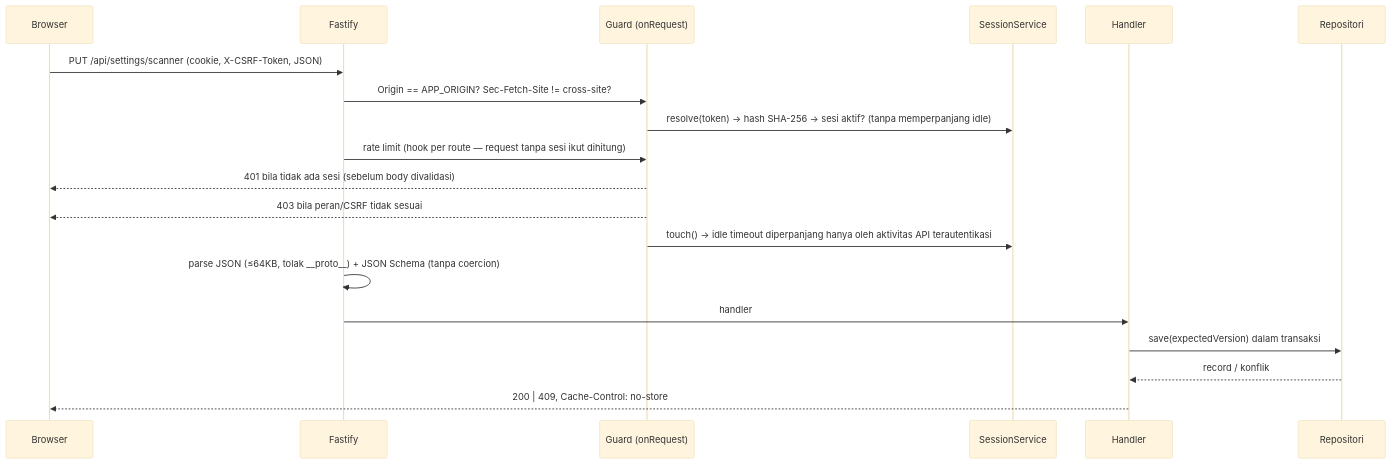
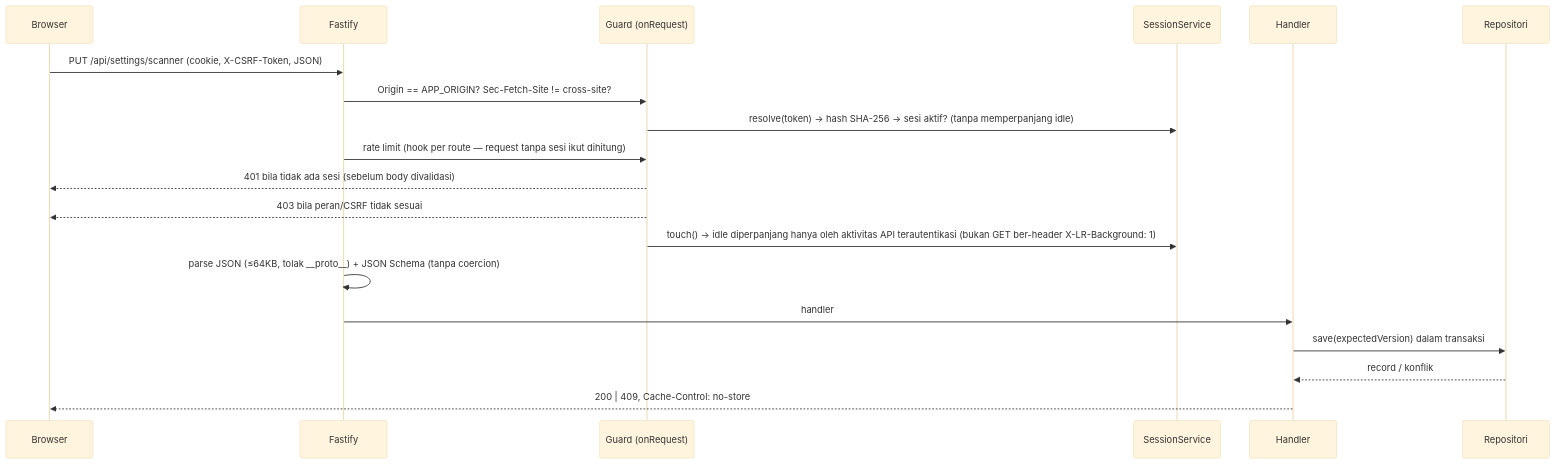
Before and after one commit to zainpewpewpew/Caddle: the third of 3 diagrams in docs/01-arsitektur.md, drawn with Mermaid (base theme). The commit also changed 6 other files, not shown here.

````diff
--- a/docs/01-arsitektur.md
+++ b/docs/01-arsitektur.md
@@ -79,21 +79,21 @@
 ```mermaid
 sequenceDiagram
   participant B as Browser
   participant F as Fastify
   participant G as Guard (onRequest)
   participant S as SessionService
   participant H as Handler
   participant R as Repositori
   B->>F: PUT /api/settings/scanner (cookie, X-CSRF-Token, JSON)
   F->>G: Origin == APP_ORIGIN? Sec-Fetch-Site != cross-site?
   G->>S: resolve(token) → hash SHA-256 → sesi aktif? (tanpa memperpanjang idle)
   F->>G: rate limit (hook per route — request tanpa sesi ikut dihitung)
   G-->>B: 401 bila tidak ada sesi (sebelum body divalidasi)
   G-->>B: 403 bila peran/CSRF tidak sesuai
-  G->>S: touch() → idle timeout diperpanjang hanya oleh aktivitas API terautentikasi
+  G->>S: touch() → idle diperpanjang hanya oleh aktivitas API terautentikasi (bukan GET ber-header X-LR-Background: 1)
   F->>F: parse JSON (≤64KB, tolak __proto__) + JSON Schema (tanpa coercion)
   F->>H: handler
   H->>R: save(expectedVersion) dalam transaksi
   R-->>H: record / konflik
   H-->>B: 200 | 409, Cache-Control: no-store
 ```
````
